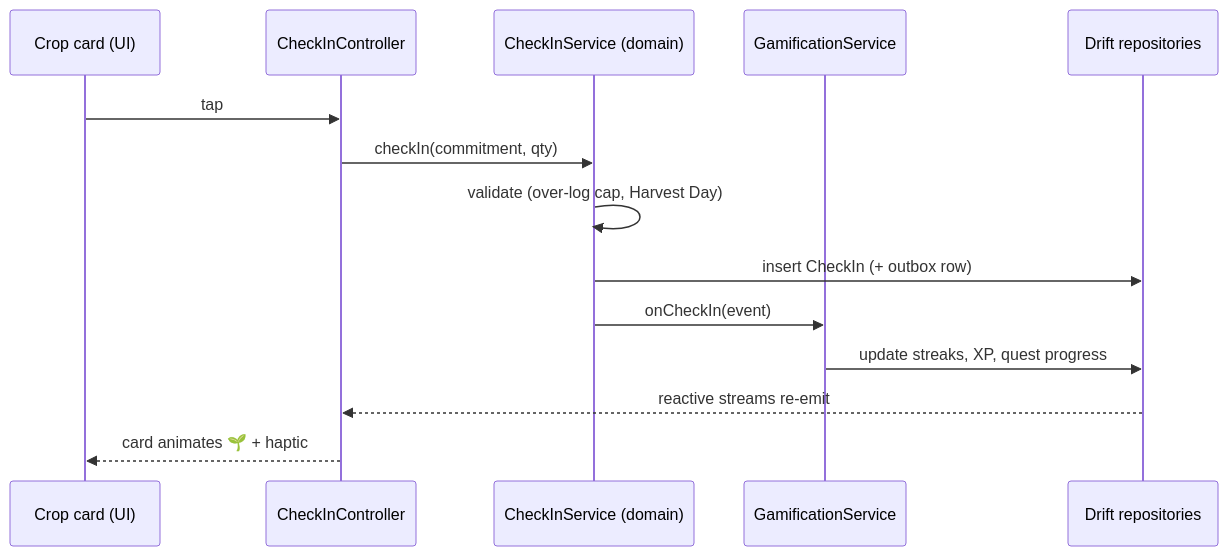
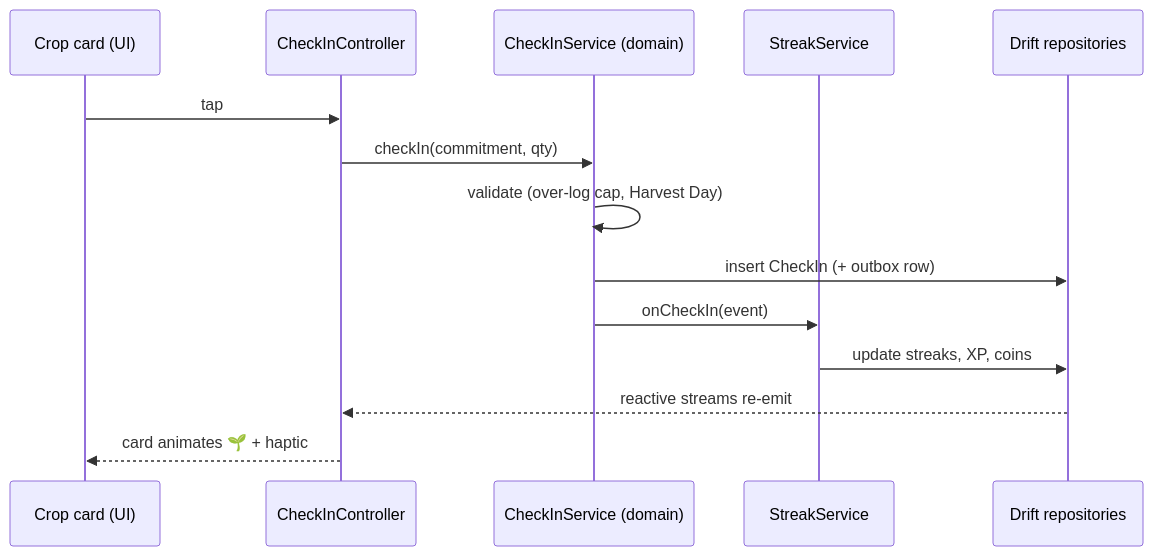
Before and after one commit to ABakdi/Harvest: the second of 2 diagrams in docs/02-Architecture/Architecture-Overview.md, drawn with Mermaid. The commit also changed other lines of this file and 20 other files, not shown here.

````diff
--- a/docs/02-Architecture/Architecture-Overview.md
+++ b/docs/02-Architecture/Architecture-Overview.md
@@ -74,16 +95,16 @@
 ```mermaid
 sequenceDiagram
     participant W as Crop card (UI)
     participant N as CheckInController
     participant S as CheckInService (domain)
-    participant G as GamificationService
+    participant G as StreakService
     participant D as Drift repositories
     W->>N: tap
     N->>S: checkIn(commitment, qty)
     S->>S: validate (over-log cap, Harvest Day)
     S->>D: insert CheckIn (+ outbox row)
     S->>G: onCheckIn(event)
-    G->>D: update streaks, XP, quest progress
+    G->>D: update streaks, XP, coins
     D-->>N: reactive streams re-emit
     N-->>W: card animates 🌱 + haptic
 ```
````
